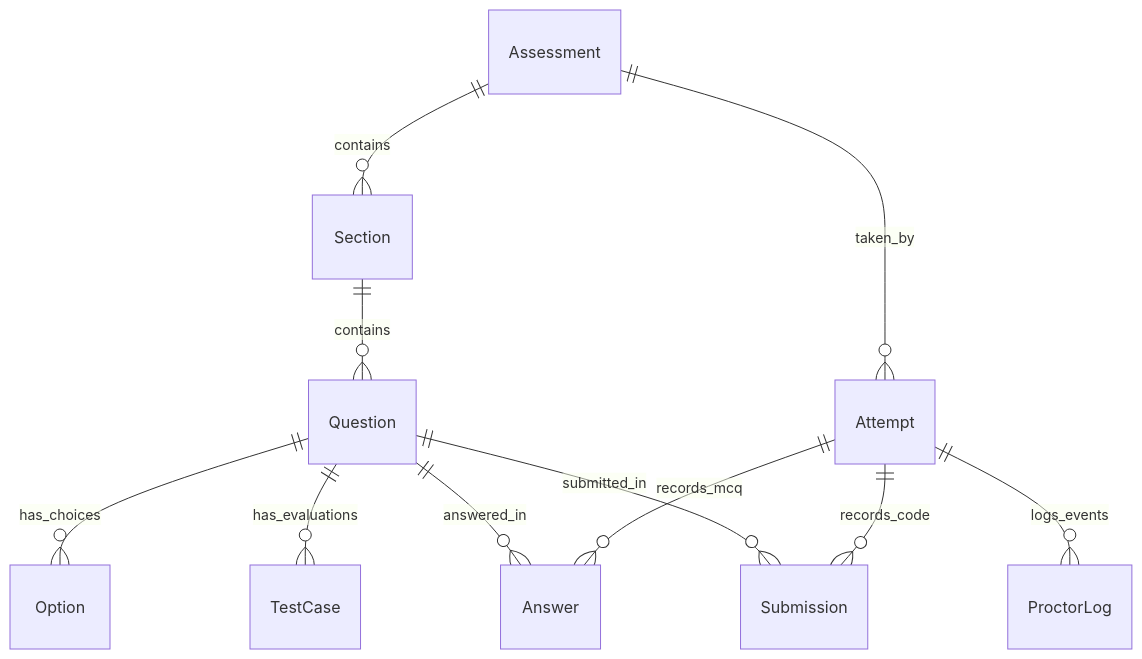
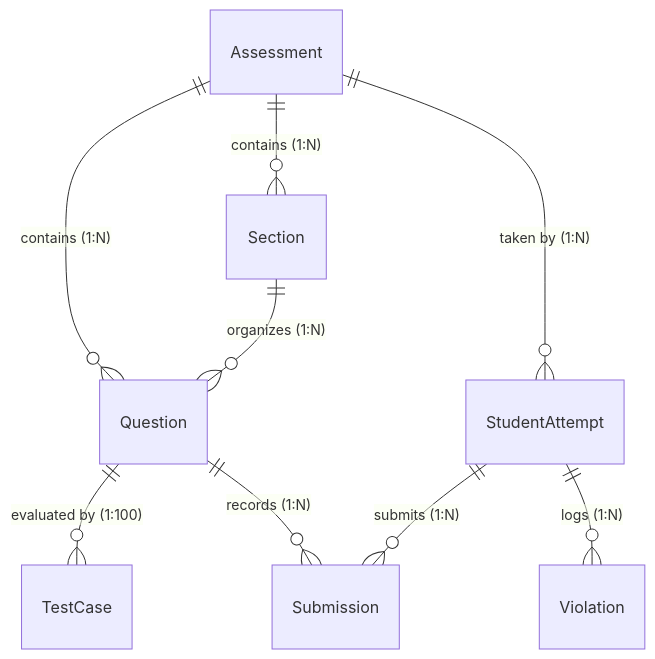
The second of 2 diagrams in .agents/skills/assessment-system-workflow/SKILL.md (JayashreeChelladurai/CodingAssessment), drawn with Mermaid before and after one commit. The commit also changed other lines of this file and 6 other files, not shown here.

````diff
--- a/.agents/skills/assessment-system-workflow/SKILL.md
+++ b/.agents/skills/assessment-system-workflow/SKILL.md
@@ -125,13 +99,11 @@
 ```mermaid
 erDiagram
-    Assessment ||--o{ Section : contains
-    Assessment ||--o{ Attempt : taken_by
-    Section ||--o{ Question : contains
-    Question ||--o{ Option : has_choices
-    Question ||--o{ TestCase : has_evaluations
-    Question ||--o{ Answer : answered_in
-    Question ||--o{ Submission : submitted_in
-    Attempt ||--o{ Answer : records_mcq
-    Attempt ||--o{ Submission : records_code
-    Attempt ||--o{ ProctorLog : logs_events
+    Assessment ||--o{ Section : "contains (1:N)"
+    Assessment ||--o{ Question : "contains (1:N)"
+    Assessment ||--o{ StudentAttempt : "taken by (1:N)"
+    Section ||--o{ Question : "organizes (1:N)"
+    Question ||--o{ TestCase : "evaluated by (1:100)"
+    Question ||--o{ Submission : "records (1:N)"
+    StudentAttempt ||--o{ Submission : "submits (1:N)"
+    StudentAttempt ||--o{ Violation : "logs (1:N)"
 ```
````
